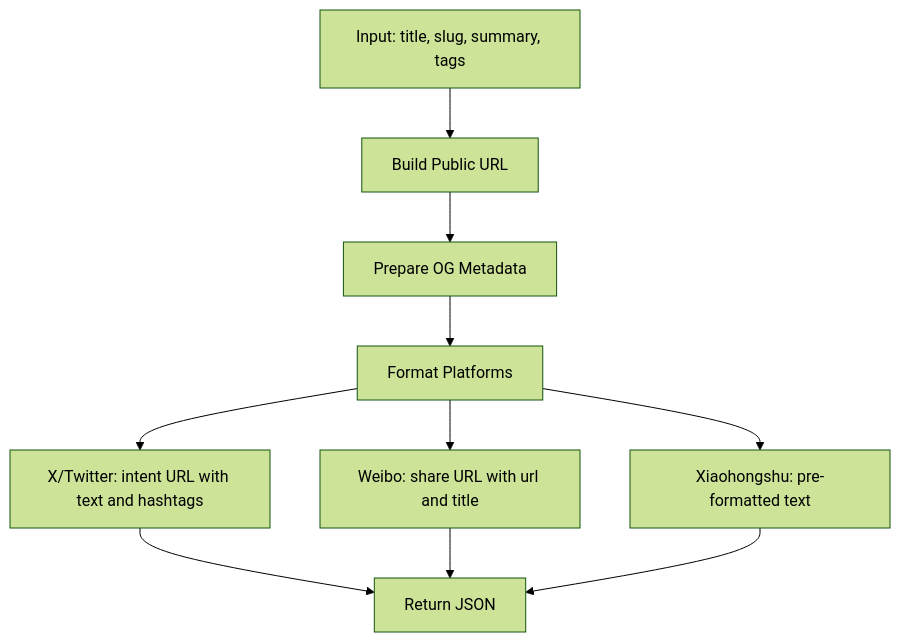
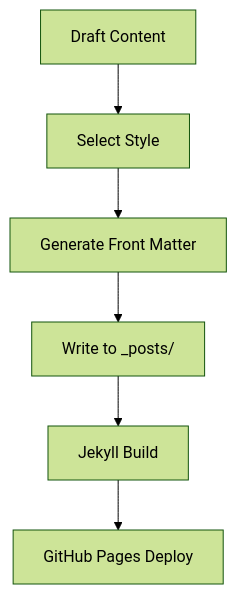
One commit to PolarisW007/PolaZhenJing changed the fifth of 6 diagrams in .qoder/repowiki/en/content/Backend Application/Social Sharing.md. Above: the diagram before and after it, drawn with Mermaid (forest theme). The commit also changed other lines of this file and 153 other files, not shown here.

````diff
--- a/.qoder/repowiki/en/content/Backend Application/Social Sharing.md
+++ b/.qoder/repowiki/en/content/Backend Application/Social Sharing.md
@@ -216,12 +194,8 @@
 ```mermaid
 flowchart TD
-A["Input: title, slug, summary, tags"] --> B["Build Public URL"]
-B --> C["Prepare OG Metadata"]
-C --> D["Format Platforms"]
-D --> E["X/Twitter: intent URL with text and hashtags"]
-D --> F["Weibo: share URL with url and title"]
-D --> G["Xiaohongshu: pre-formatted text"]
-E --> H["Return JSON"]
-F --> H
-G --> H
+A["Draft Content"] --> B["Select Style"]
+B --> C["Generate Front Matter"]
+C --> D["Write to _posts/"]
+D --> E["Jekyll Build"]
+E --> F["GitHub Pages Deploy"]
 ```
````
